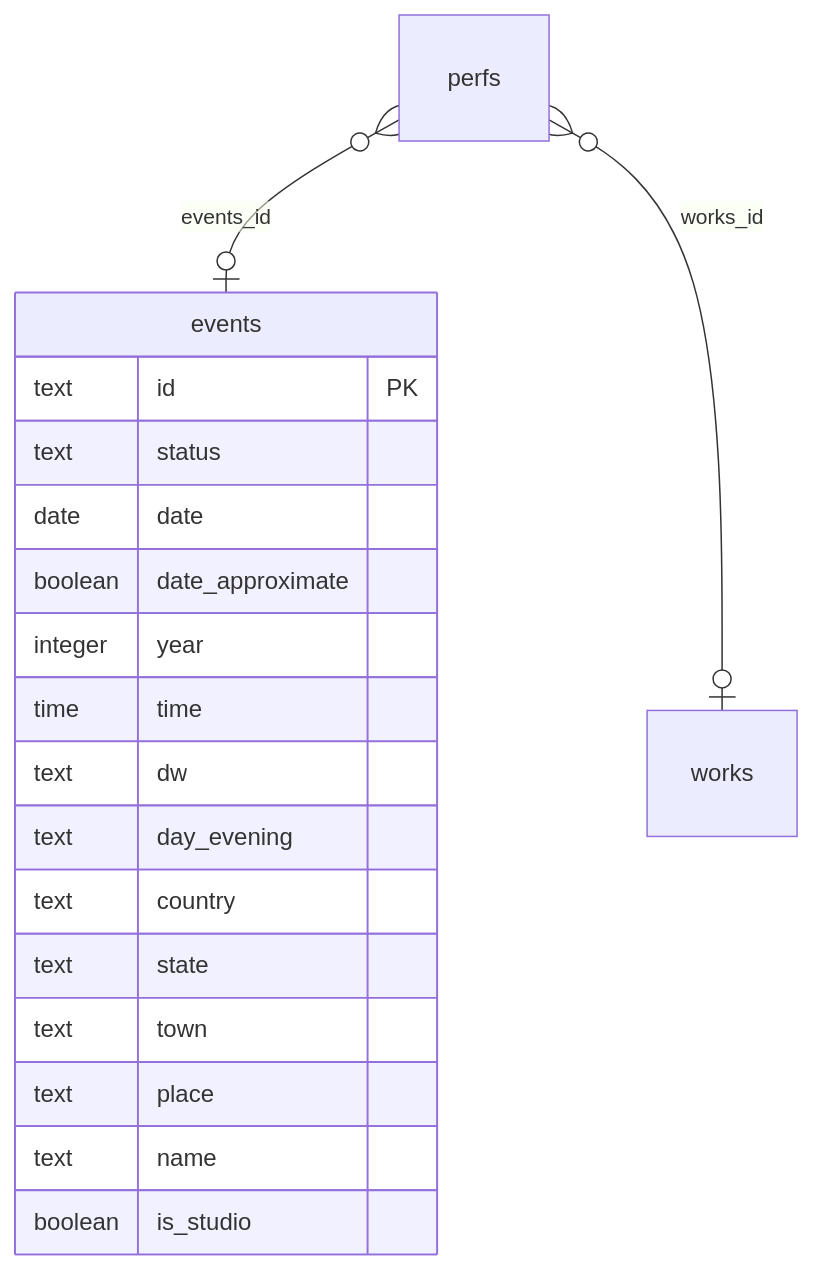
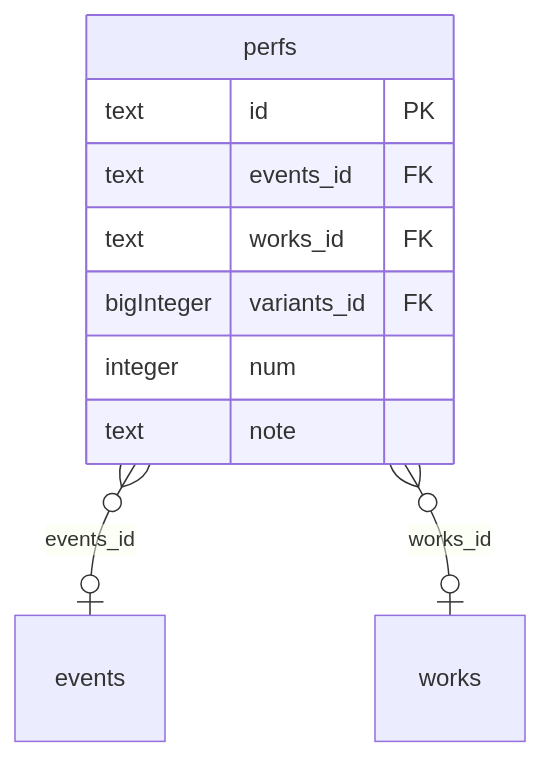
Before and after one commit to zlochevsky/shcherbakov: the first of 13 diagrams in docs/directus.md, drawn with Mermaid. The commit also changed 1 other file, not shown here.

Commit message:
Directus docs: core diagram shows performance fields, song and event as plain blocks

````diff
--- a/docs/directus.md
+++ b/docs/directus.md
@@ -27,21 +27,13 @@
 ```mermaid
 erDiagram
     perfs }o--o| events : "events_id"
     perfs }o--o| works : "works_id"
-    events {
+    perfs {
         text id PK
-        text status
-        date date
-        boolean date_approximate
-        integer year
-        time time
-        text dw
-        text day_evening
-        text country
-        text state
-        text town
-        text place
-        text name
-        boolean is_studio
+        text events_id FK
+        text works_id FK
+        bigInteger variants_id FK
+        integer num
+        text note
     }
 ```
````
